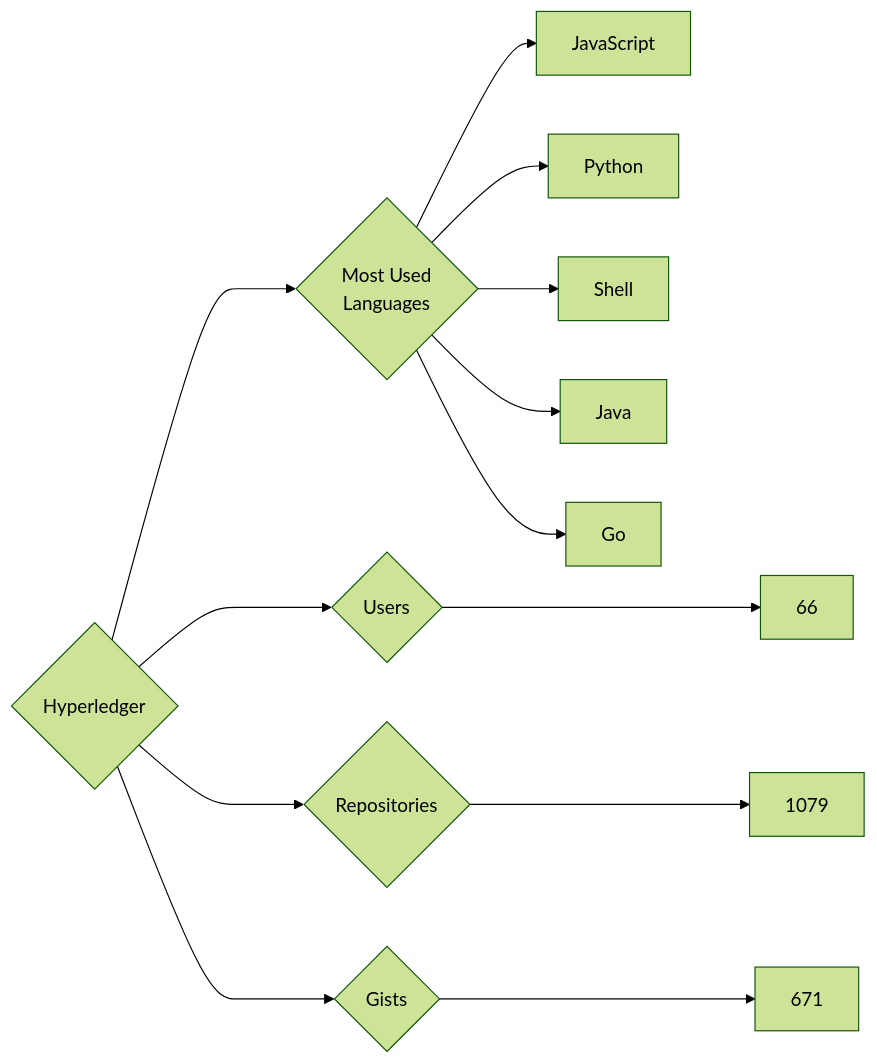
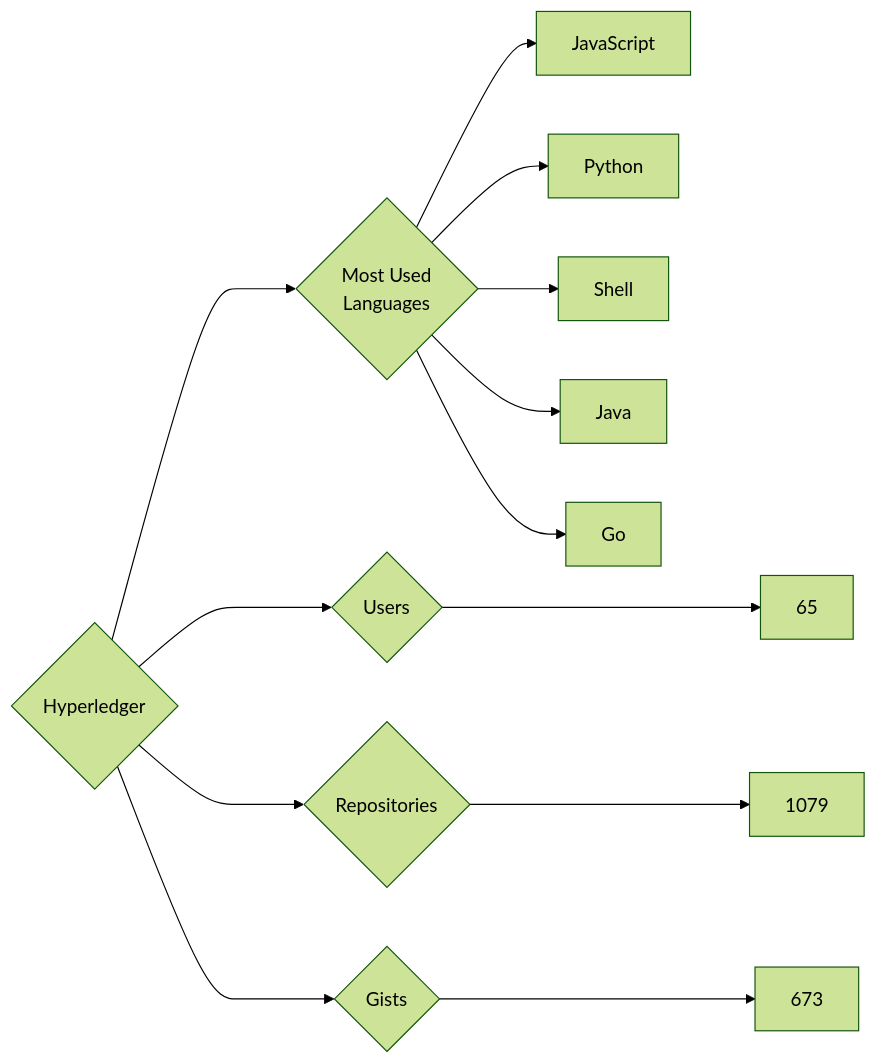
One commit to trickest/insiders changed the diagram in targets/Hyperledger/README.md. Above: the diagram before and after it, drawn with Mermaid (forest theme). The commit also changed 891 other files, not shown here.

````diff
--- a/targets/Hyperledger/README.md
+++ b/targets/Hyperledger/README.md
@@ -3,13 +3,13 @@
 ```mermaid
 graph LR
 COMPANY_NAME{Hyperledger}
-COMPANY_NAME ---> U{Users} ---> UN[66]
+COMPANY_NAME ---> U{Users} ---> UN[65]
 COMPANY_NAME ---> R{Repositories} ---> RN[1079]
-COMPANY_NAME ---> G{Gists} ---> GN[671]
+COMPANY_NAME ---> G{Gists} ---> GN[673]
 COMPANY_NAME ---> ML{Most Used<br>Languages}
 ML --> JavaScript[JavaScript]
 ML --> Python[Python]
 ML --> Shell[Shell]
 ML --> Java[Java]
 ML --> Go[Go]
 ```
````
